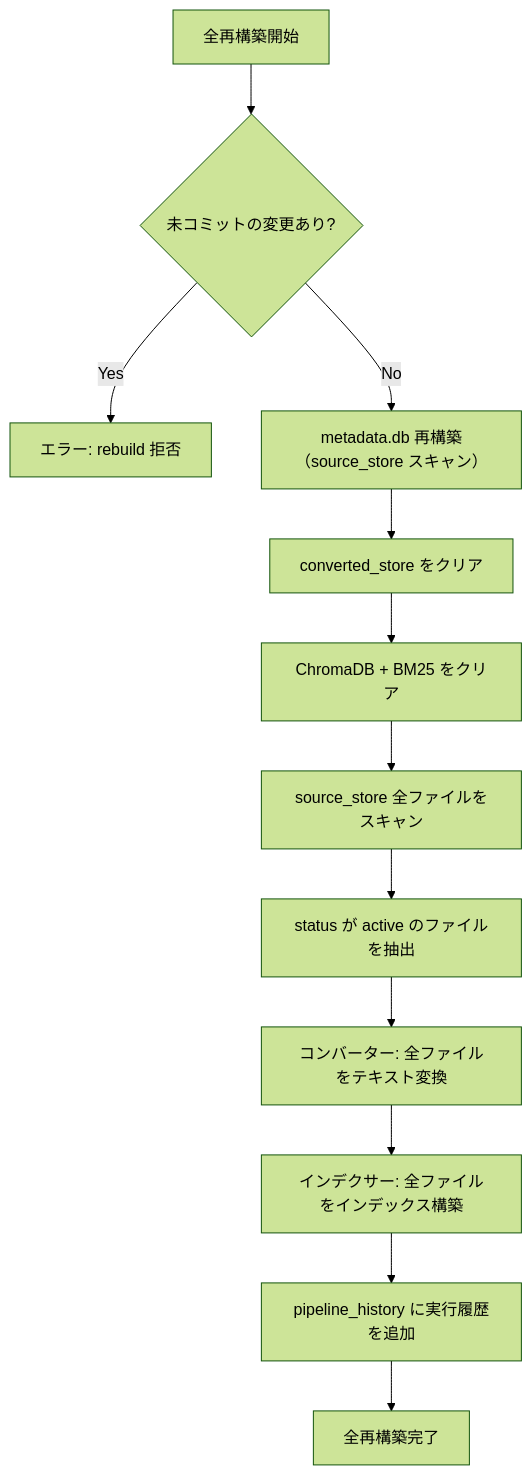
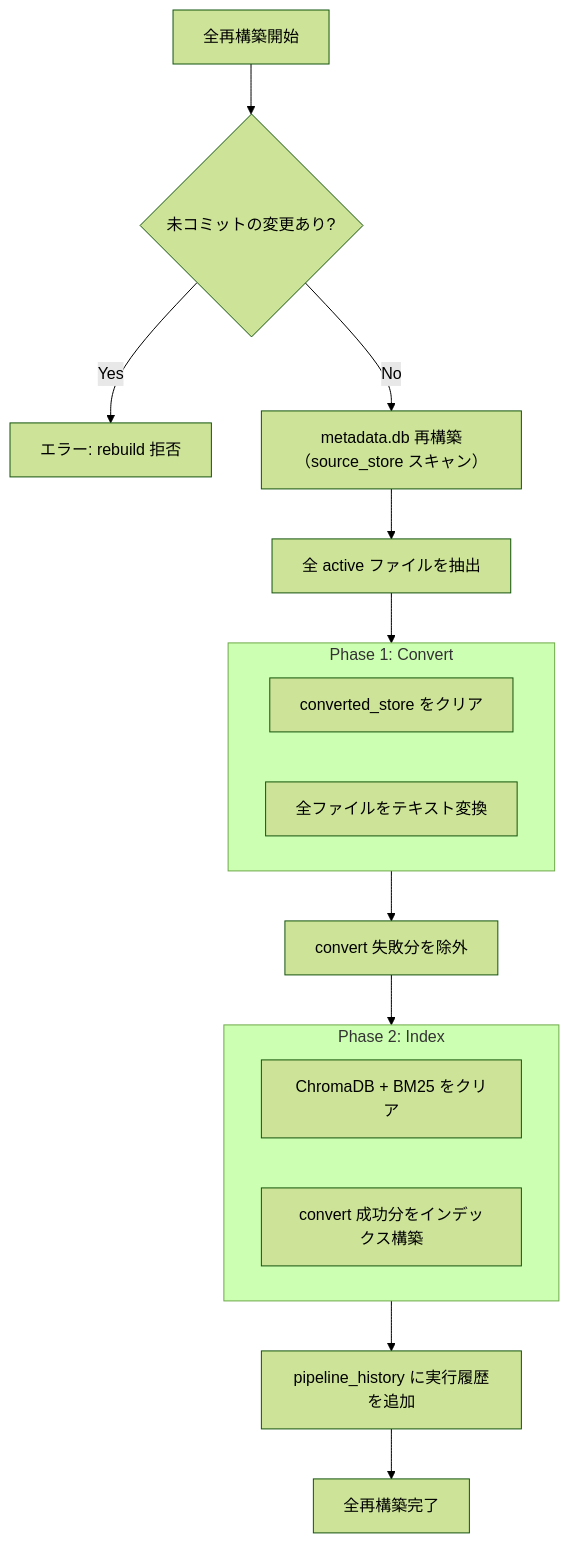
Before and after one commit to becky3/rag-knowledge: the second of 3 diagrams in docs/specs/pipeline-controller.md, drawn with Mermaid (forest theme). The commit also changed other lines of this file and 10 other files, not shown here.

Commit message:
refactor(pipeline-controller): run_full_rebuild を全 convert → 全 index の2フェーズに分離 (#543)

````diff
--- a/docs/specs/pipeline-controller.md
+++ b/docs/specs/pipeline-controller.md
@@ -195,28 +196,33 @@
 ```mermaid
 flowchart TD
     START["全再構築開始"]
     CHECK_DIRTY{"未コミットの変更あり?"}
     ERROR_DIRTY["エラー: rebuild 拒否"]
-    CLEAR_CONV["converted_store をクリア"]
-    CLEAR_IDX["ChromaDB + BM25 をクリア"]
-    SCAN["source_store 全ファイルをスキャン"]
-    FILTER["status が active のファイルを抽出"]
-    CONVERT["コンバーター: 全ファイルをテキスト変換"]
-    INDEX["インデクサー: 全ファイルをインデックス構築"]
+    REBUILD_DB["metadata.db 再構築（source_store スキャン）"]
+    SCAN["全 active ファイルを抽出"]
+
+    subgraph PHASE1["Phase 1: Convert"]
+        CLEAR_CONV["converted_store をクリア"]
+        CONVERT["全ファイルをテキスト変換"]
+    end
+
+    EXCLUDE["convert 失敗分を除外"]
+
+    subgraph PHASE2["Phase 2: Index"]
+        CLEAR_IDX["ChromaDB + BM25 をクリア"]
+        INDEX["convert 成功分をインデックス構築"]
+    end
+
     UPDATE["pipeline_history に実行履歴を追加"]
     END_NODE["全再構築完了"]
-
-    REBUILD_DB["metadata.db 再構築（source_store スキャン）"]
 
     START --> CHECK_DIRTY
     CHECK_DIRTY -- Yes --> ERROR_DIRTY
     CHECK_DIRTY -- No --> REBUILD_DB
-    REBUILD_DB --> CLEAR_CONV
-    CLEAR_CONV --> CLEAR_IDX
-    CLEAR_IDX --> SCAN
-    SCAN --> FILTER
-    FILTER --> CONVERT
-    CONVERT --> INDEX
-    INDEX --> UPDATE
+    REBUILD_DB --> SCAN
+    SCAN --> PHASE1
+    PHASE1 --> EXCLUDE
+    EXCLUDE --> PHASE2
+    PHASE2 --> UPDATE
     UPDATE --> END_NODE
 ```
````
